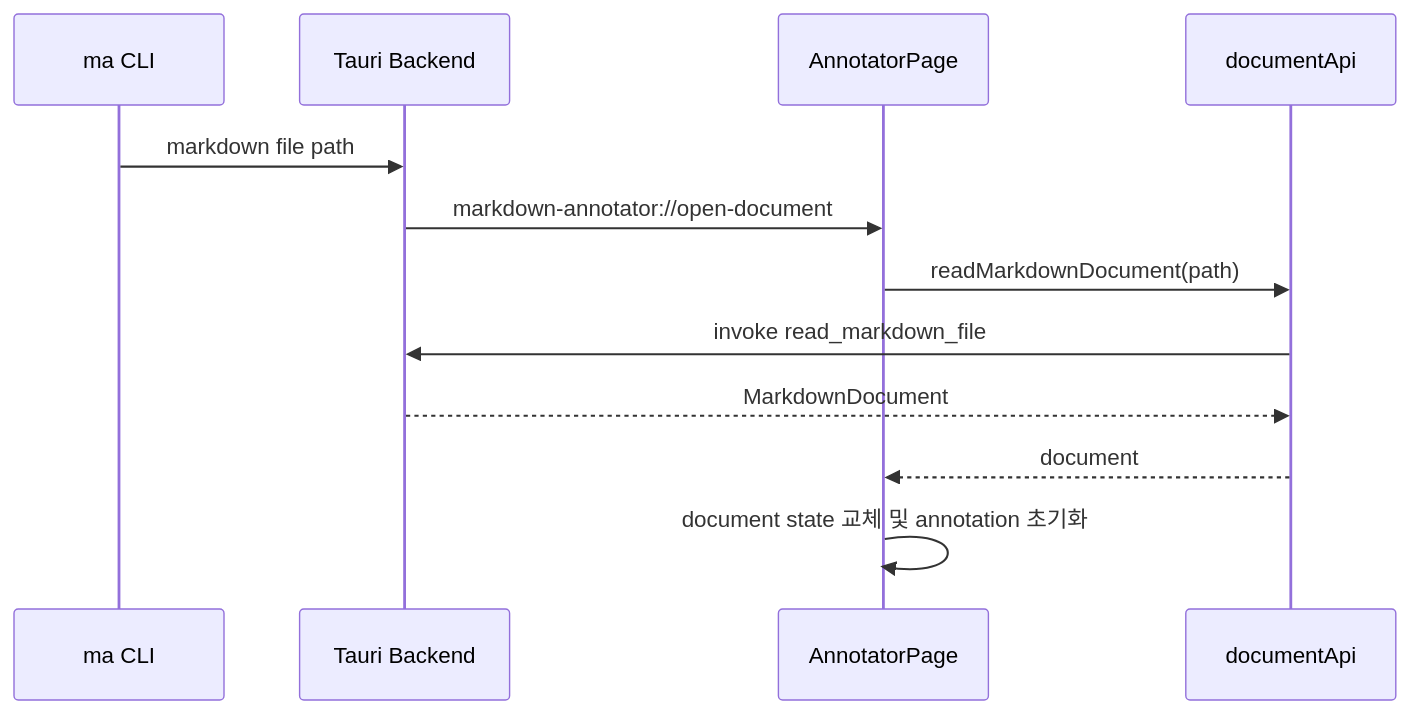
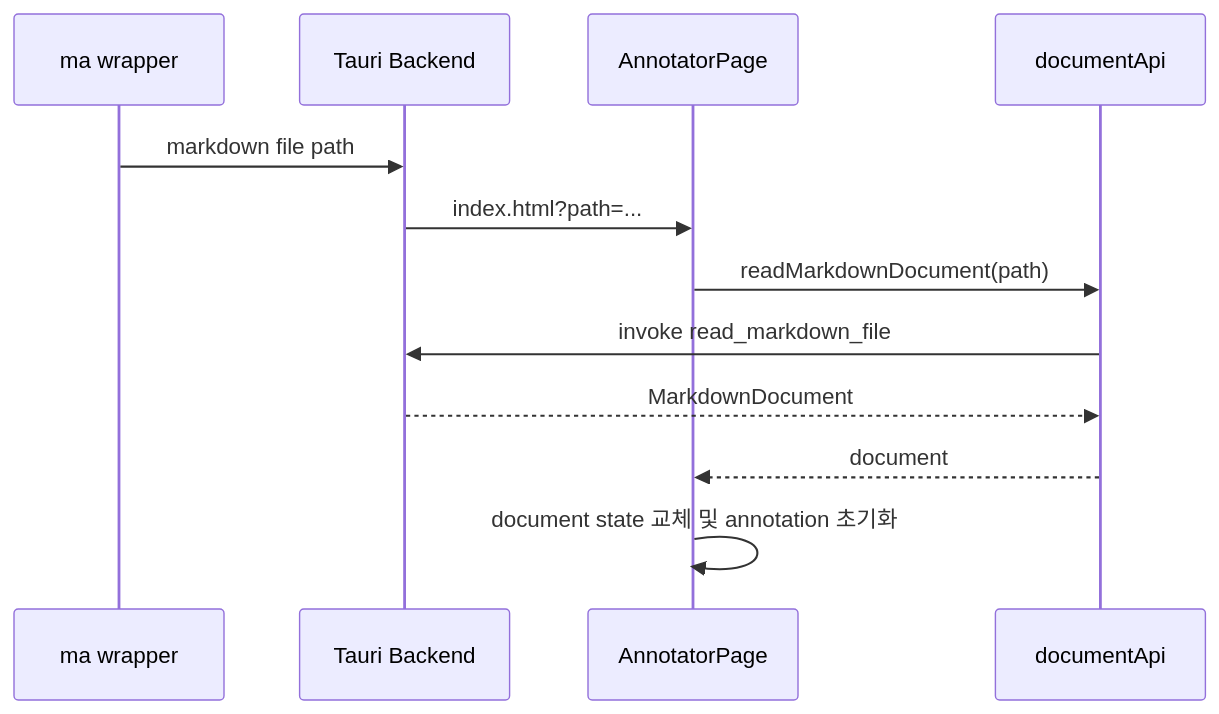
Before and after one commit to yoophi/markdown-annotator: the fourth of 4 diagrams in docs/cli-open-markdown-plan.md, drawn with Mermaid. The commit also changed other lines of this file and 11 other files, not shown here.

First line of the commit message:
Add markdown file CLI launchers

````diff
--- a/docs/cli-open-markdown-plan.md
+++ b/docs/cli-open-markdown-plan.md
@@ -189,15 +190,15 @@
 ```mermaid
 sequenceDiagram
-    participant CLI as ma CLI
+    participant CLI as ma wrapper
     participant Tauri as Tauri Backend
     participant Page as AnnotatorPage
     participant API as documentApi
 
     CLI->>Tauri: markdown file path
-    Tauri->>Page: markdown-annotator://open-document
+    Tauri->>Page: index.html?path=...
     Page->>API: readMarkdownDocument(path)
     API->>Tauri: invoke read_markdown_file
     Tauri-->>API: MarkdownDocument
     API-->>Page: document
     Page->>Page: document state 교체 및 annotation 초기화
 ```
````
